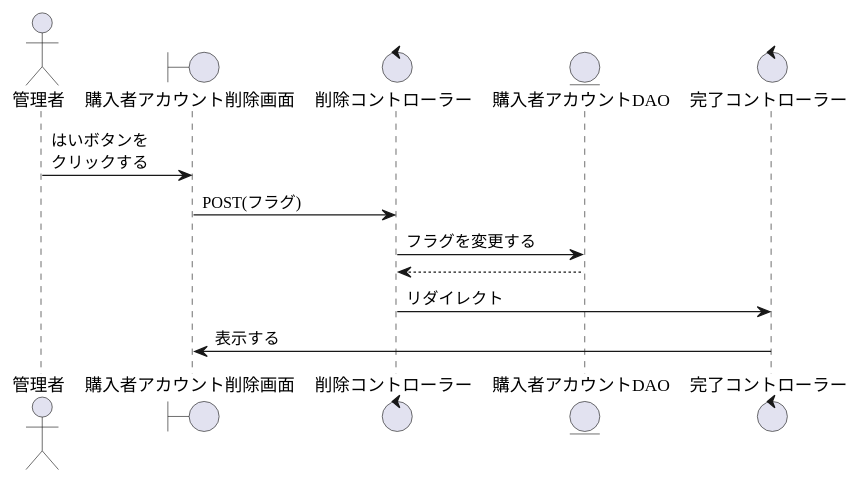
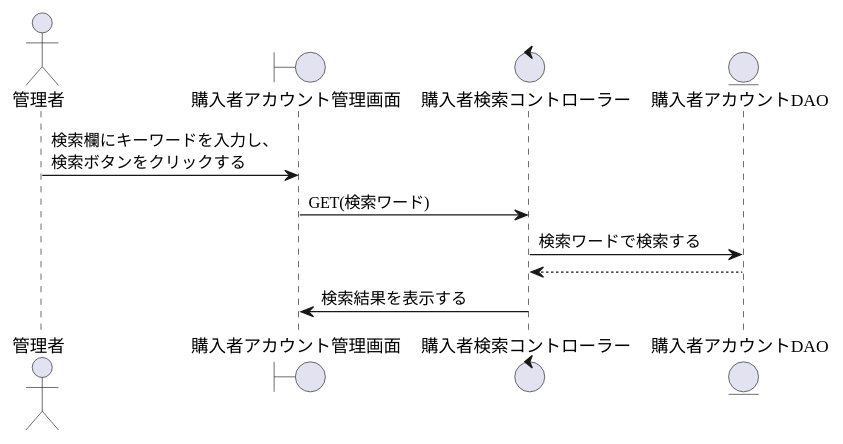
One commit to SK-B-S/PJ changed the diagram in PJ_シーケンス/管理者/購入者アカウント検索.wsd. Above: the diagram before and after it, drawn with PlantUML. The commit also changed 2 other files, not shown here.

```diff
--- a/PJ_シーケンス/管理者/購入者アカウント検索.wsd
+++ b/PJ_シーケンス/管理者/購入者アカウント検索.wsd
@@ -1,18 +1,16 @@
-@startuml 購入者アカウント削除
+@startuml 購入者アカウント検索
 
 actor    "管理者" as act
-boundary "購入者アカウント削除画面" as delete_s
-control  "削除コントローラー" as delete_c
+boundary "購入者アカウント管理画面" as purchase_management_s
+control  "購入者検索コントローラー" as purchase_search_c
 entity   "購入者アカウントDAO" as purchase_DAO
-control  "完了コントローラー" as completion_c
 
-'--------------------------------------------------------------------------------------
+'-------------------------------------------------------------------------
 
-act ->  delete_s : はいボタンを\nクリックする
-delete_s -> delete_c : POST(フラグ)
-delete_c -> purchase_DAO : フラグを変更する
-delete_c <-- purchase_DAO
-delete_c -> completion_c : リダイレクト
-delete_s <- completion_c : 表示する
+act -> purchase_management_s: 検索欄にキーワードを入力し、\n検索ボタンをクリックする
+purchase_management_s -> purchase_search_c : GET(検索ワード)
+purchase_search_c -> purchase_DAO : 検索ワードで検索する
+purchase_search_c <-- purchase_DAO
+purchase_management_s <- purchase_search_c: 検索結果を表示する
 
 @enduml
```
